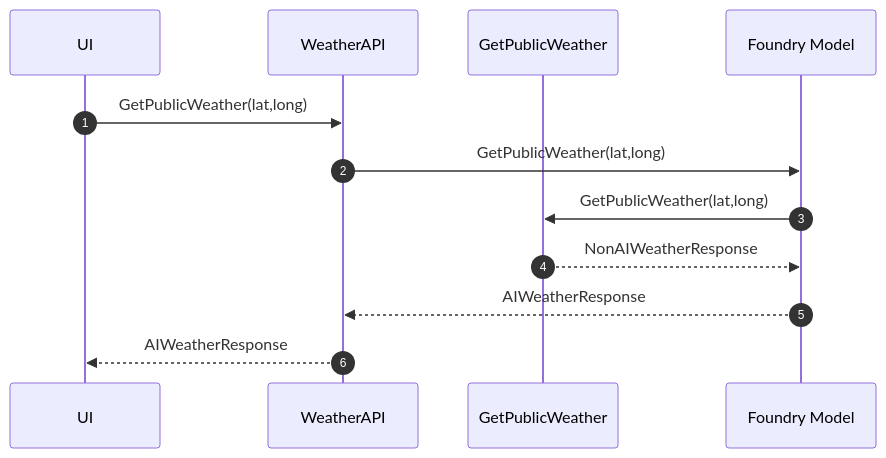
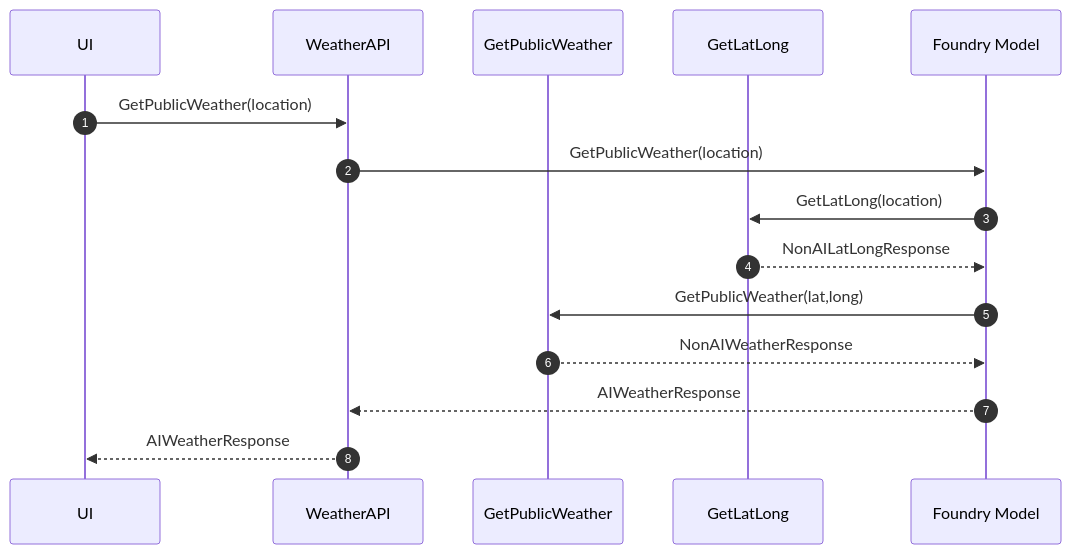
The first of 3 diagrams in docs/3-foundry-mcp/agents-models-mcp.md (dustinkorzaan/weather-1116), drawn with Mermaid before and after one commit.

Commit message:
V3 diagram: add GetLatLong steps and GetPublicWeather(location) labels

````diff
--- a/docs/3-foundry-mcp/agents-models-mcp.md
+++ b/docs/3-foundry-mcp/agents-models-mcp.md
@@ -53,15 +53,18 @@
   ```mermaid
   sequenceDiagram
       autonumber
       participant UI
       participant API as WeatherAPI
       participant GetPublicWeather
+      participant GetLatLong
       participant Model as Foundry Model
 
-      UI->>API: GetPublicWeather(lat,long)
-      API->>Model: GetPublicWeather(lat,long)
+      UI->>API: GetPublicWeather(location)
+      API->>Model: GetPublicWeather(location)
+      Model->>GetLatLong: GetLatLong(location)
+      GetLatLong-->>Model: NonAILatLongResponse
       Model->>GetPublicWeather: GetPublicWeather(lat,long)
       GetPublicWeather-->>Model: NonAIWeatherResponse
       Model-->>API: AIWeatherResponse
       API-->>UI: AIWeatherResponse
   ```
````
